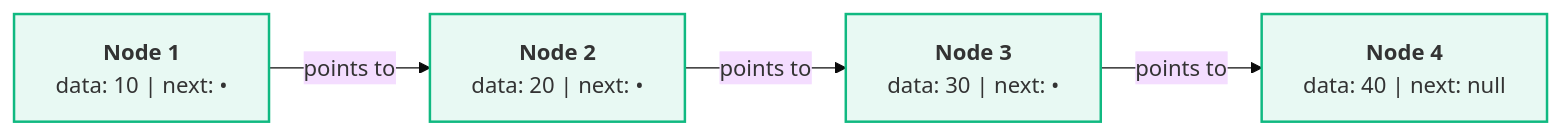
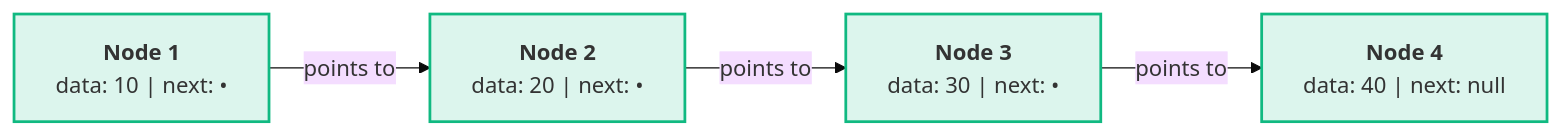
Before and after one commit to abhinavbharti2345/CS_Notes: the third of 11 diagrams in CS/DSA/03. Linked Lists/01. Linked List Fundamentals.md, drawn with Mermaid (base theme). The commit also changed other lines of this file and 20 other files, not shown here.

Commit message:
feat: add foundational notes and diagrams for computer networking, data structures, and machine learning pipelines

````diff
--- a/CS/DSA/03. Linked Lists/01. Linked List Fundamentals.md
+++ b/CS/DSA/03. Linked Lists/01. Linked List Fundamentals.md
@@ -109,9 +95,9 @@
 ```mermaid
 flowchart LR
     N1["<b>Node 1</b><br/>data: 10 | next: •"] -->|points to| N2["<b>Node 2</b><br/>data: 20 | next: •"]
     N2 -->|points to| N3["<b>Node 3</b><br/>data: 30 | next: •"]
     N3 -->|points to| N4["<b>Node 4</b><br/>data: 40 | next: null"]
 
-    classDef nodeBox fill:#10b98118,stroke:#10b981,stroke-width:1.8px;
+    classDef nodeBox fill:#10b98125,stroke:#10b981,stroke-width:2px;
     class N1,N2,N3,N4 nodeBox;
 ```
````
